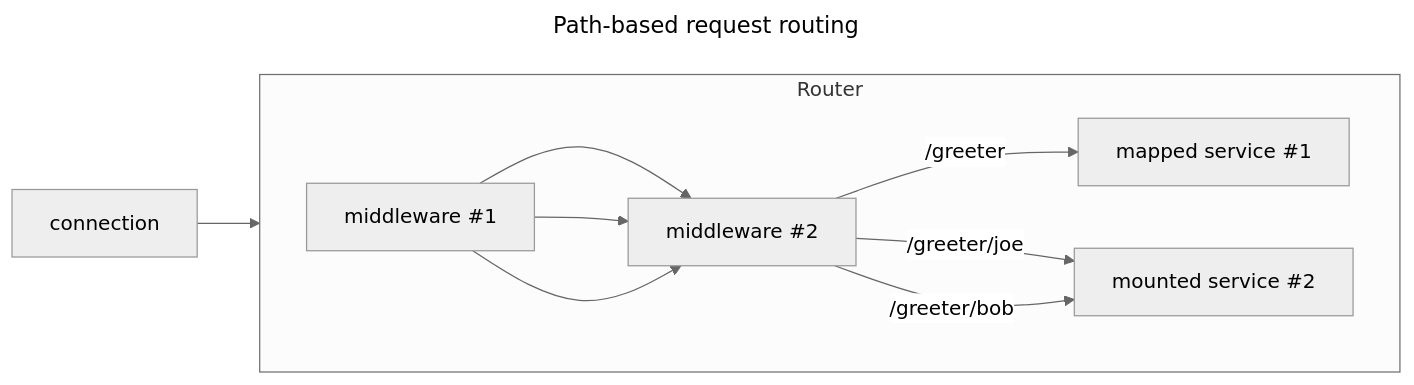
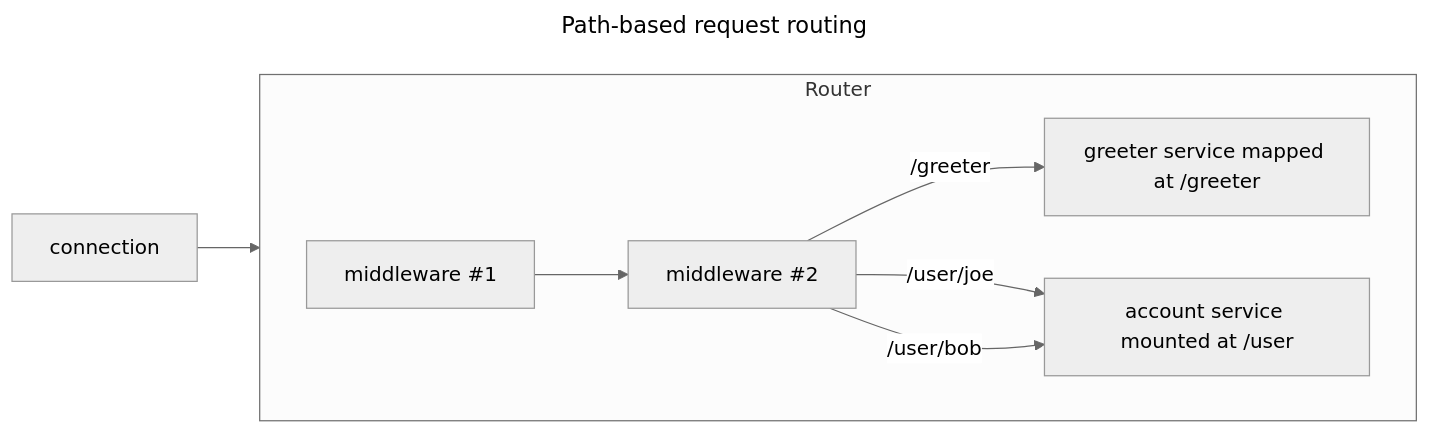
The first of 2 diagrams in pages/icerpc-core/dispatch/router.md (icerpc/icerpc-docs), drawn with Mermaid (neutral theme) before and after one commit. The commit also changed other lines of this file, not shown here.

Commit message:
Fixed bogus diagram and example (#123)

````diff
--- a/pages/icerpc-core/dispatch/router.md
+++ b/pages/icerpc-core/dispatch/router.md
@@ -11,13 +11,13 @@
 ```mermaid
 ---
 title: Path-based request routing
 ---
 flowchart LR
     subgraph Router
     direction LR
-    m1["middleware #1"] --> m2["middleware #2"] -- /greeter --> s1["mapped service #1"]
-    m1 --> m2 -- /greeter/joe --> s2["mounted service #2"]
-    m1 --> m2 -- /greeter/bob --> s2
+    m1["middleware #1"] --> m2["middleware #2"] -- /greeter --> s1[" greeter service mapped at /greeter"]
+    m2 -- /user/joe --> s2["account service mounted at /user"]
+    m2 -- /user/bob --> s2
     end
     connection --> m1
 ```
````
